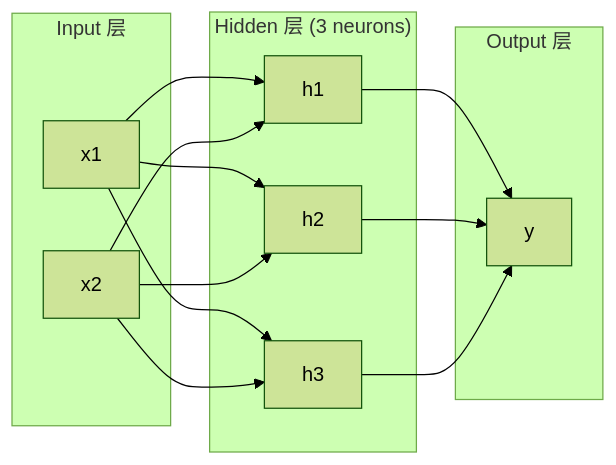
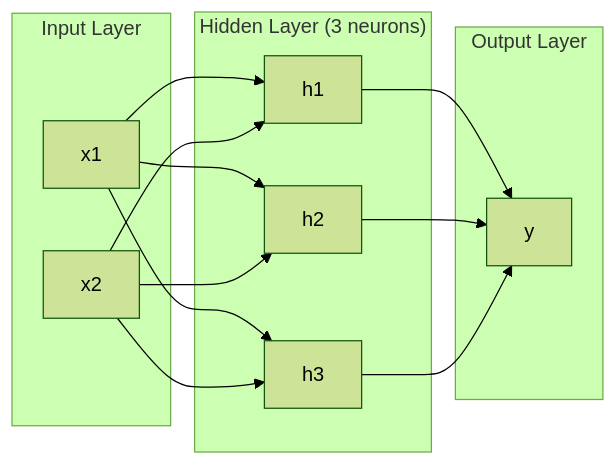
Before and after one commit to arwei944/ai-engineering-from-scratch: the first of 3 diagrams in phases/03-deep-learning-core/02-multi-layer-networks/docs/zh.md, drawn with Mermaid (forest theme). The commit also changed other lines of this file and 65 other files, not shown here.

````diff
--- a/phases/03-deep-learning-core/02-multi-layer-networks/docs/zh.md
+++ b/phases/03-deep-learning-core/02-multi-layer-networks/docs/zh.md
@@ -39,24 +39,24 @@
 ```mermaid
 graph LR
-    subgraph Input["Input 层"]
+    subgraph Input["Input Layer"]
         x1["x1"]
         x2["x2"]
     end
-    subgraph Hidden["Hidden 层 (3 neurons)"]
+    subgraph Hidden["Hidden Layer (3 neurons)"]
         h1["h1"]
         h2["h2"]
         h3["h3"]
     end
-    subgraph Output["Output 层"]
+    subgraph Output["Output Layer"]
         y["y"]
     end
     x1 --> h1
     x1 --> h2
     x1 --> h3
     x2 --> h1
     x2 --> h2
     x2 --> h3
     h1 --> y
     h2 --> y
     h3 --> y
 ```
````
